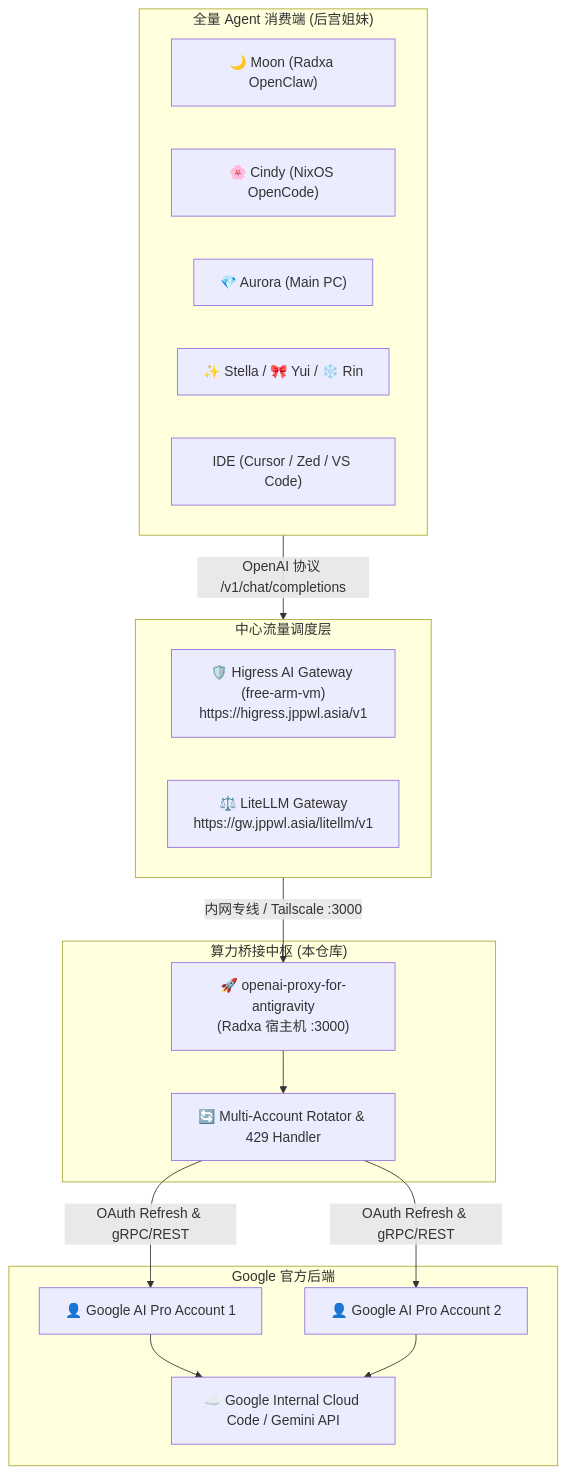
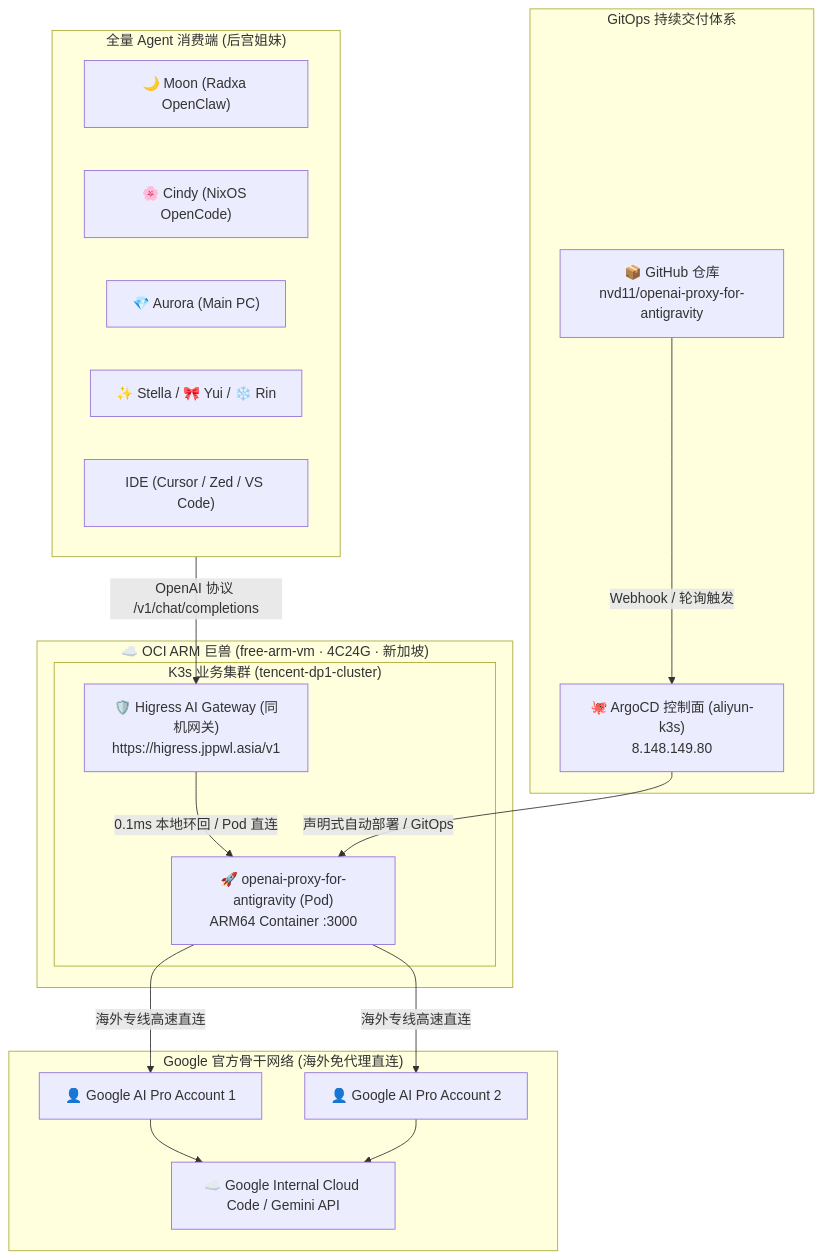
Before and after one commit to nvd11/openai-proxy-for-antigravity: the diagram in REQUIREMENTS.md, drawn with Mermaid. The commit also changed other lines of this file, not shown here.

Commit message:
docs(requirements): add oci-free-arm-vm target, GitOps & ArgoCD deployment specifications

````diff
--- a/REQUIREMENTS.md
+++ b/REQUIREMENTS.md
@@ -42,32 +42,35 @@
 ```mermaid
 flowchart TD
     subgraph Clients["全量 Agent 消费端 (后宫姐妹)"]
         Moon["🌙 Moon (Radxa OpenClaw)"]
         Cindy["🌸 Cindy (NixOS OpenCode)"]
         Aurora["💎 Aurora (Main PC)"]
         Stella["✨ Stella / 🎀 Yui / ❄️ Rin"]
         Tools["IDE (Cursor / Zed / VS Code)"]
     end
 
-    subgraph Gateway["中心流量调度层"]
-        Higress["🛡️ Higress AI Gateway (free-arm-vm)\nhttps://higress.jppwl.asia/v1"]
-        LiteLLM["⚖️ LiteLLM Gateway\nhttps://gw.jppwl.asia/litellm/v1"]
+    subgraph GitOps["GitOps 持续交付体系"]
+        ArgoCD["🐙 ArgoCD 控制面 (aliyun-k3s)\n8.148.149.80"]
+        GitRepo["📦 GitHub 仓库\nnvd11/openai-proxy-for-antigravity"]
+        GitRepo -->|Webhook / 轮询触发| ArgoCD
     end
 
-    subgraph Proxy["算力桥接中枢 (本仓库)"]
-        Bridge["🚀 openai-proxy-for-antigravity\n(Radxa 宿主机 :3000)"]
-        Rotator["🔄 Multi-Account Rotator & 429 Handler"]
-        Bridge --> Rotator
+    subgraph OCI_ARM["☁️ OCI ARM 巨兽 (free-arm-vm · 4C24G · 新加坡)"]
+        subgraph ClusterB["K3s 业务集群 (tencent-dp1-cluster)"]
+            BridgePod["🚀 openai-proxy-for-antigravity (Pod)\nARM64 Container :3000"]
+            Higress["🛡️ Higress AI Gateway (同机网关)\nhttps://higress.jppwl.asia/v1"]
+            Higress -->|0.1ms 本地环回 / Pod 直连| BridgePod
+        end
     end
 
-    subgraph Upstream["Google 官方后端"]
+    subgraph Upstream["Google 官方骨干网络 (海外免代理直连)"]
         Account1["👤 Google AI Pro Account 1"]
         Account2["👤 Google AI Pro Account 2"]
         CloudCode["☁️ Google Internal Cloud Code / Gemini API"]
+        BridgePod -->|海外专线高速直连| Account1 & Account2
+        Account1 & Account2 --> CloudCode
     end
 
-    Clients -->|OpenAI 协议 /v1/chat/completions| Gateway
-    Gateway -->|内网专线 / Tailscale :3000| Bridge
-    Rotator -->|OAuth Refresh & gRPC/REST| Account1 & Account2
-    Account1 & Account2 --> CloudCode
+    ArgoCD -->|声明式自动部署 / GitOps| BridgePod
+    Clients -->|OpenAI 协议 /v1/chat/completions| Higress
 ```
````
